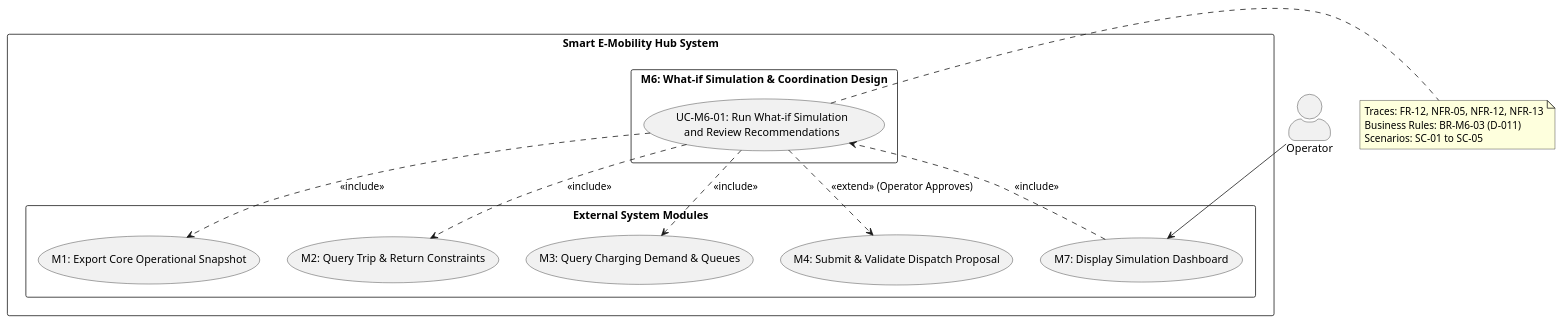
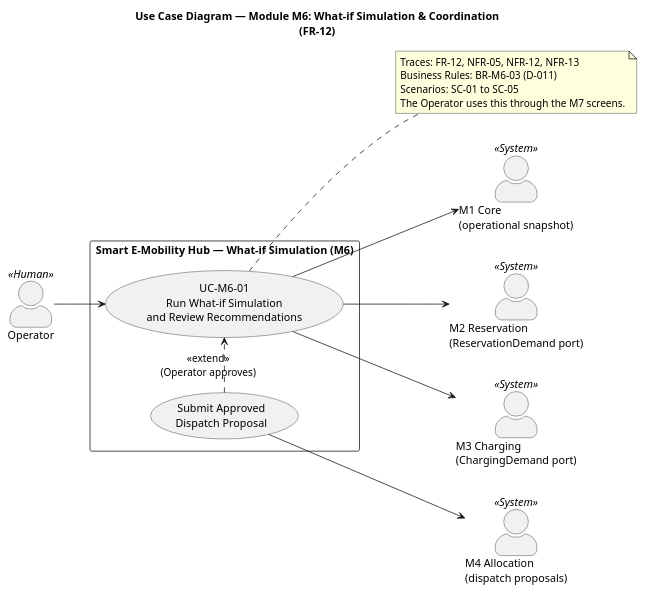
Before and after one commit to MabC06/smart-e-mobility-hub: the diagram in docs/requirements/use-case-diagrams/uc-m6-simulation.puml, drawn with PlantUML. The commit also changed 2 other files, not shown here.

Commit message:
docs(simulation): fix snapshot import, formula and diagram (M6-8, M6-11, M6-14)

```diff
--- a/docs/requirements/use-case-diagrams/uc-m6-simulation.puml
+++ b/docs/requirements/use-case-diagrams/uc-m6-simulation.puml
@@ -1,36 +1,34 @@
 @startuml uc-m6-simulation
 skinparam packageStyle rectangle
 skinparam shadowing false
 skinparam actorStyle awesome
+left to right direction
 
-actor "Operator" as op
+title Use Case Diagram — Module M6: What-if Simulation & Coordination\n(FR-12)
 
-rectangle "Smart E-Mobility Hub System" {
-    rectangle "M6: What-if Simulation & Coordination Design" {
-        usecase "UC-M6-01: Run What-if Simulation\nand Review Recommendations" as UC_M6_01
-    }
+actor "Operator" as op <<Human>>
+actor "M1 Core\n(operational snapshot)" as m1 <<System>>
+actor "M2 Reservation\n(ReservationDemand port)" as m2 <<System>>
+actor "M3 Charging\n(ChargingDemand port)" as m3 <<System>>
+actor "M4 Allocation\n(dispatch proposals)" as m4 <<System>>
 
-    rectangle "External System Modules" {
-        usecase "M1: Export Core Operational Snapshot" as M1_Snap
-        usecase "M2: Query Trip & Return Constraints" as M2_Res
-        usecase "M3: Query Charging Demand & Queues" as M3_Charge
-        usecase "M4: Submit & Validate Dispatch Proposal" as M4_Alloc
-        usecase "M7: Display Simulation Dashboard" as M7_UI
-    }
+rectangle "Smart E-Mobility Hub — What-if Simulation (M6)" {
+    usecase "UC-M6-01\nRun What-if Simulation\nand Review Recommendations" as UC_M6_01
+    usecase "Submit Approved\nDispatch Proposal" as UC_Dispatch
 }
 
-op --> M7_UI
-M7_UI ..> UC_M6_01 : <<include>>
-
-UC_M6_01 ..> M1_Snap : <<include>>
-UC_M6_01 ..> M2_Res : <<include>>
-UC_M6_01 ..> M3_Charge : <<include>>
-UC_M6_01 ..> M4_Alloc : <<extend>> (Operator Approves)
+op --> UC_M6_01
+UC_M6_01 --> m1
+UC_M6_01 --> m2
+UC_M6_01 --> m3
+UC_Dispatch .> UC_M6_01 : <<extend>>\n(Operator approves)
+UC_Dispatch --> m4
 
 note right of UC_M6_01
   Traces: FR-12, NFR-05, NFR-12, NFR-13
   Business Rules: BR-M6-03 (D-011)
   Scenarios: SC-01 to SC-05
+  The Operator uses this through the M7 screens.
 end note
 
 @enduml
```
